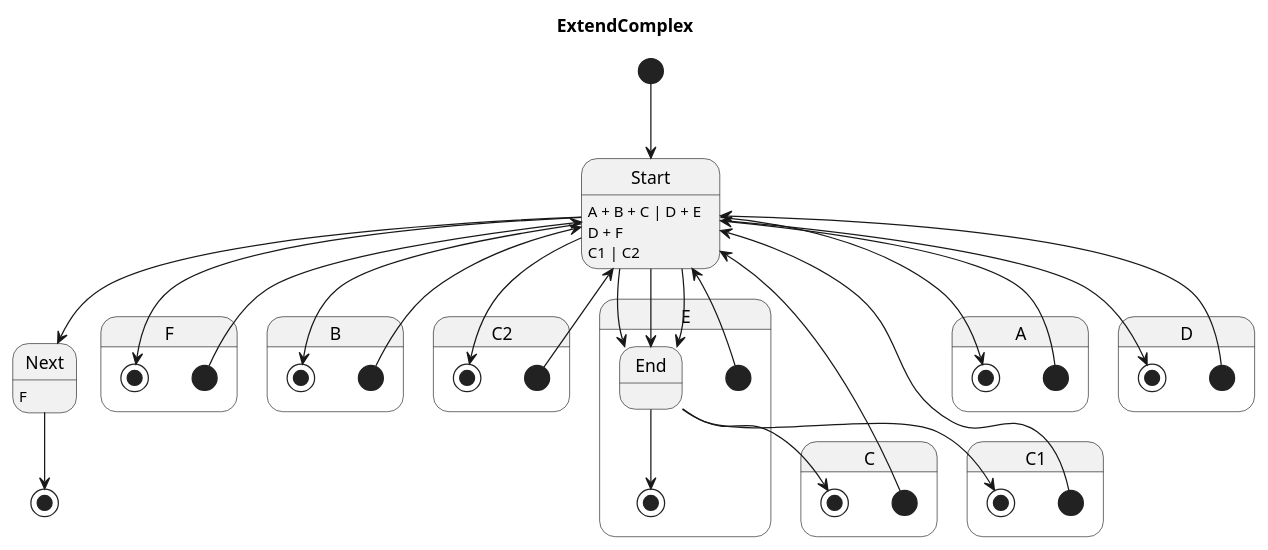
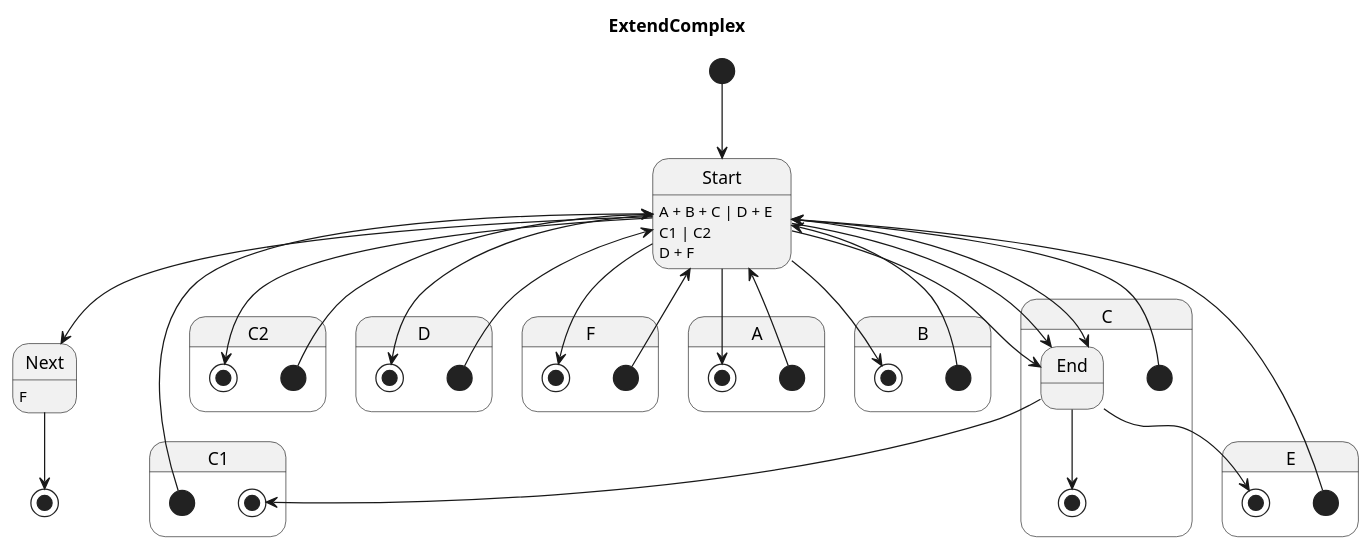
The diagram in examples/generated/plantuml/extend_complex.puml (Pastor/Takt), drawn with PlantUML before and after one commit. The commit also changed other lines of this file and 15 other files, not shown here.

```diff
--- a/examples/generated/plantuml/extend_complex.puml
+++ b/examples/generated/plantuml/extend_complex.puml
@@ -1,55 +1,55 @@
 @startuml
 title ExtendComplex
 
 [*] --> Start
 Start : A + B + C | D + E
 Start --> Next
 Next : F
 Next --> [*]
 
+state C {
+    [*] --> Start
+    Start : C1 | C2
+    Start --> End
+    End --> [*]
+}
+
+state C1 {
+    [*] --> Start
+    Start --> End
+    End --> [*]
+}
+
+state C2 {
+    [*] --> Start
+    Start --> [*]
+}
+
+state E {
+    [*] --> Start
+    Start : D + F
+    Start --> End
+    End --> [*]
+}
+
+state D {
+    [*] --> Start
+    Start --> [*]
+}
+
 state F {
+    [*] --> Start
+    Start --> [*]
+}
+
+state A {
     [*] --> Start
     Start --> [*]
 }
 
 state B {
     [*] --> Start
     Start --> [*]
 }
 
-state C2 {
-    [*] --> Start
-    Start --> [*]
-}
-
-state E {
-    [*] --> Start
-    End --> [*]
-    Start : D + F
-    Start --> End
-}
-
-state A {
-    [*] --> Start
-    Start --> [*]
-}
-
-state C {
-    [*] --> Start
-    End --> [*]
-    Start : C1 | C2
-    Start --> End
-}
-
-state C1 {
-    [*] --> Start
-    Start --> End
-    End --> [*]
-}
-
-state D {
-    [*] --> Start
-    Start --> [*]
-}
-
 @enduml
```
